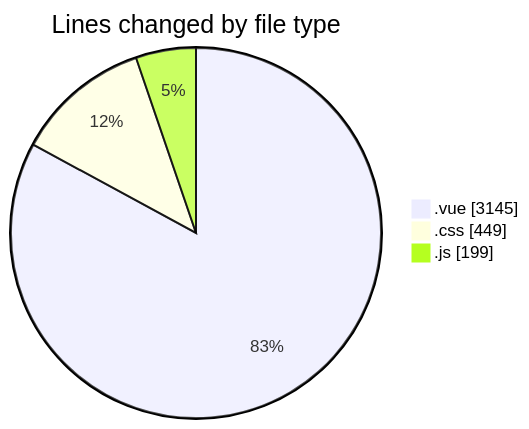
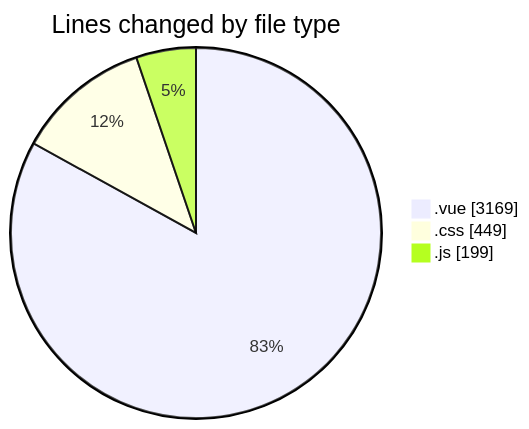
One commit to lephambinh05/code-tracking changed the first of 2 diagrams in 2025-08-10/rentotp/README.md. Above: the diagram before and after it, drawn with Mermaid. The commit also changed other lines of this file and 1 other file, not shown here.

````diff
--- a/2025-08-10/rentotp/README.md
+++ b/2025-08-10/rentotp/README.md
@@ -26,7 +26,7 @@
 ```mermaid
 pie showData
 title Lines changed by file type
-".vue" : 3145
+".vue" : 3169
 ".css" : 449
 ".js" : 199
 ```
````
